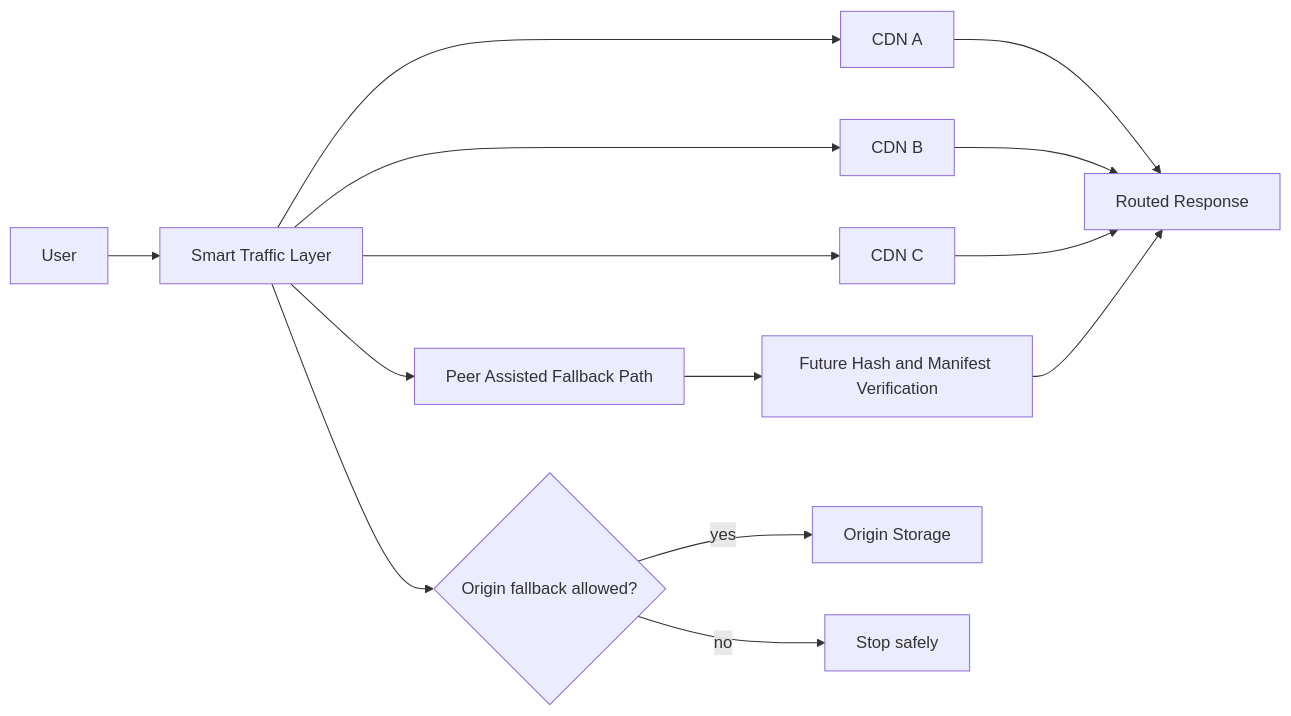
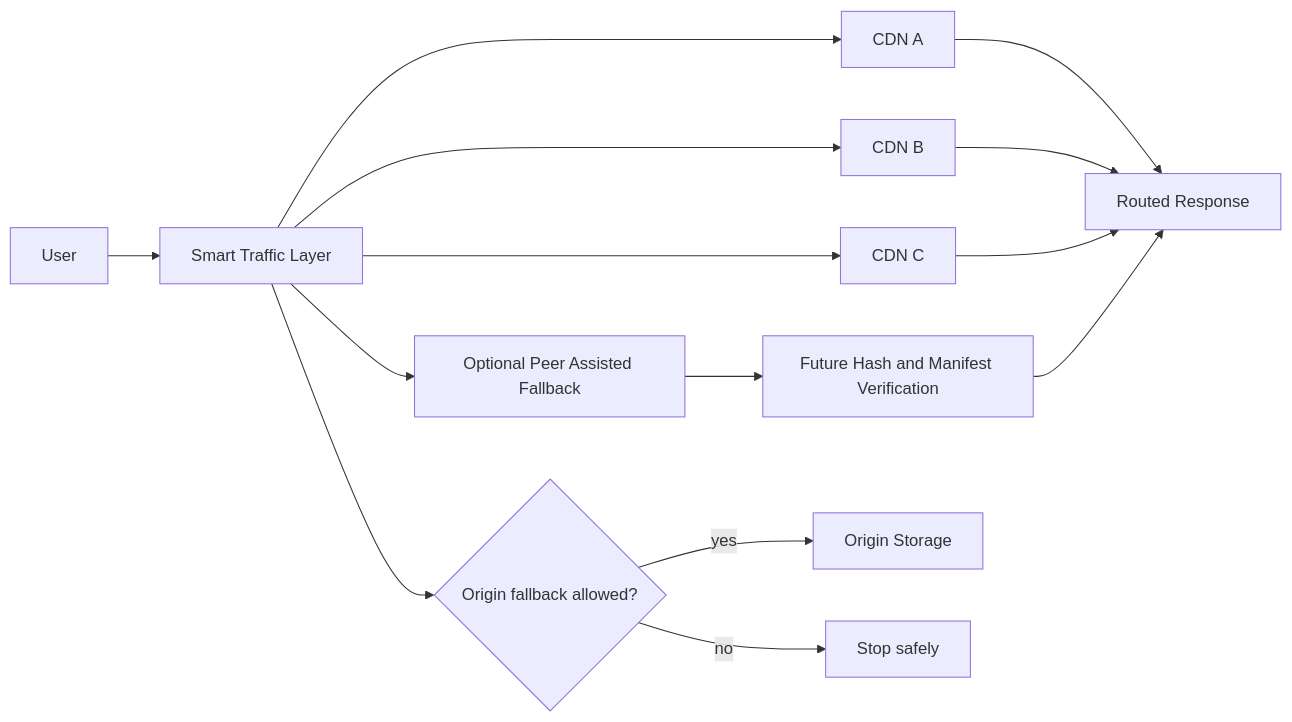
Before and after one commit to DeerSpotter/after-cloudflare: the diagram in README.md, drawn with Mermaid. The commit also changed other lines of this file, not shown here.

````diff
--- a/README.md
+++ b/README.md
@@ -116,16 +145,16 @@
 ```mermaid
 flowchart LR
     U[User] --> STL[Smart Traffic Layer]
     STL --> A[CDN A]
     STL --> B[CDN B]
     STL --> C[CDN C]
-    STL --> P[Peer Assisted Fallback Path]
+    STL --> P[Optional Peer Assisted Fallback]
     A --> D[Routed Response]
     B --> D
     C --> D
     P --> V[Future Hash and Manifest Verification]
     V --> D
     STL --> O{Origin fallback allowed?}
     O -->|yes| OS[Origin Storage]
     O -->|no| S[Stop safely]
 ```
````
